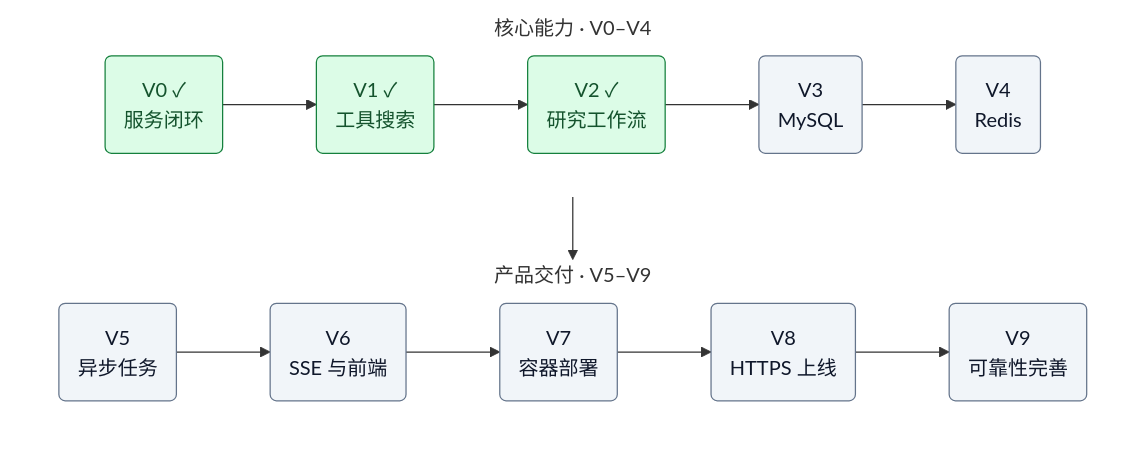
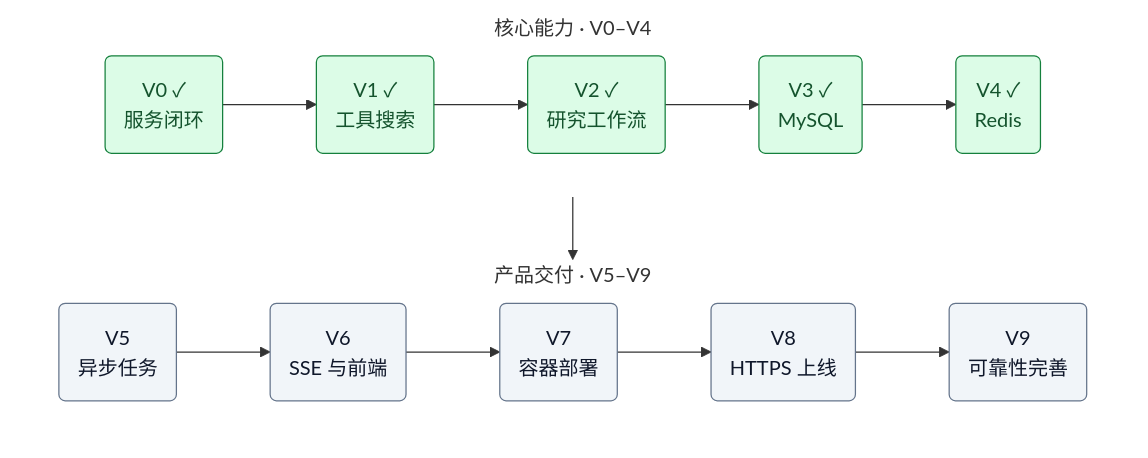
Before and after one commit to qiangwei0513/ai-research-platform: the diagram in README.md, drawn with Mermaid. The commit also changed other lines of this file and 39 other files, not shown here.

Commit message:
feat:add MySQL and redis

````diff
--- a/README.md
+++ b/README.md
@@ -18,32 +18,32 @@
 ```mermaid
 flowchart TB
     subgraph CORE["核心能力 · V0–V4"]
         direction LR
         V0("V0 ✓<br/>服务闭环")
         V1("V1 ✓<br/>工具搜索")
         V2("V2 ✓<br/>研究工作流")
-        V3("V3<br/>MySQL")
-        V4("V4<br/>Redis")
+        V3("V3 ✓<br/>MySQL")
+        V4("V4 ✓<br/>Redis")
         V0 --> V1 --> V2 --> V3 --> V4
     end
 
     subgraph DELIVERY["产品交付 · V5–V9"]
         direction LR
         V5("V5<br/>异步任务")
         V6("V6<br/>SSE 与前端")
         V7("V7<br/>容器部署")
         V8("V8<br/>HTTPS 上线")
         V9("V9<br/>可靠性完善")
         V5 --> V6 --> V7 --> V8 --> V9
     end
 
     CORE --> DELIVERY
 
     style CORE fill:transparent,stroke:transparent
     style DELIVERY fill:transparent,stroke:transparent
 
     classDef done fill:#dcfce7,stroke:#15803d,color:#14532d;
     classDef planned fill:#f1f5f9,stroke:#64748b,color:#0f172a;
-    class V0,V1,V2 done;
-    class V3,V4,V5,V6,V7,V8,V9 planned;
+    class V0,V1,V2,V3,V4 done;
+    class V5,V6,V7,V8,V9 planned;
 ```
````
